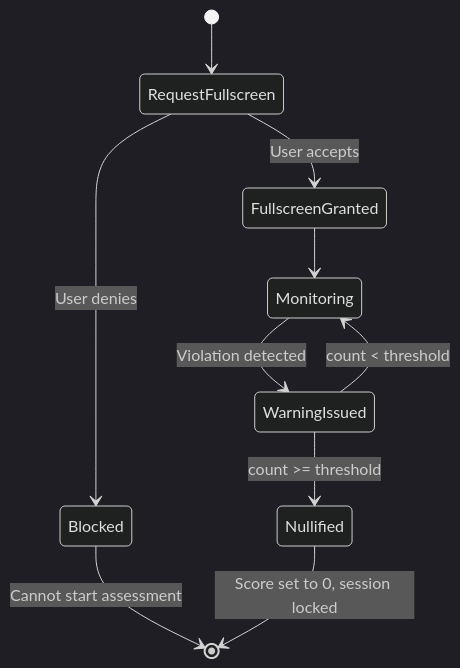
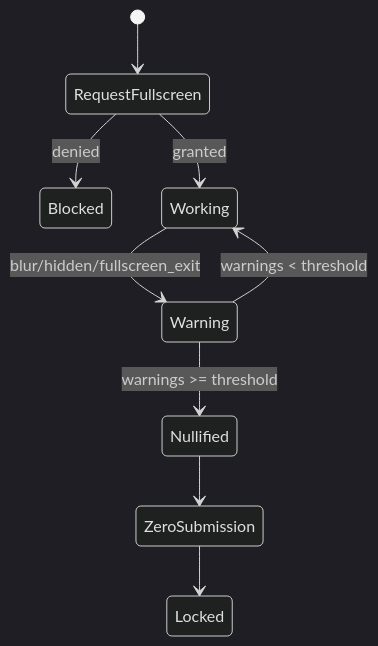
Before and after one commit to oop-uet/olp: the third of 3 diagrams in design.md, drawn with Mermaid (dark theme). The commit also changed other lines of this file and 1 other file, not shown here.

````diff
--- a/design.md
+++ b/design.md
@@ -303,13 +584,11 @@
 ```mermaid
 stateDiagram-v2
     [*] --> RequestFullscreen
-    RequestFullscreen --> FullscreenGranted: User accepts
-    RequestFullscreen --> Blocked: User denies
-    Blocked --> [*]: Cannot start assessment
-
-    FullscreenGranted --> Monitoring
-    Monitoring --> WarningIssued: Violation detected
-    WarningIssued --> Monitoring: count < threshold
-    WarningIssued --> Nullified: count >= threshold
-    Nullified --> [*]: Score set to 0, session locked
+    RequestFullscreen --> Blocked: denied
+    RequestFullscreen --> Working: granted
+    Working --> Warning: blur/hidden/fullscreen_exit
+    Warning --> Working: warnings < threshold
+    Warning --> Nullified: warnings >= threshold
+    Nullified --> ZeroSubmission
+    ZeroSubmission --> Locked
 ```
````
